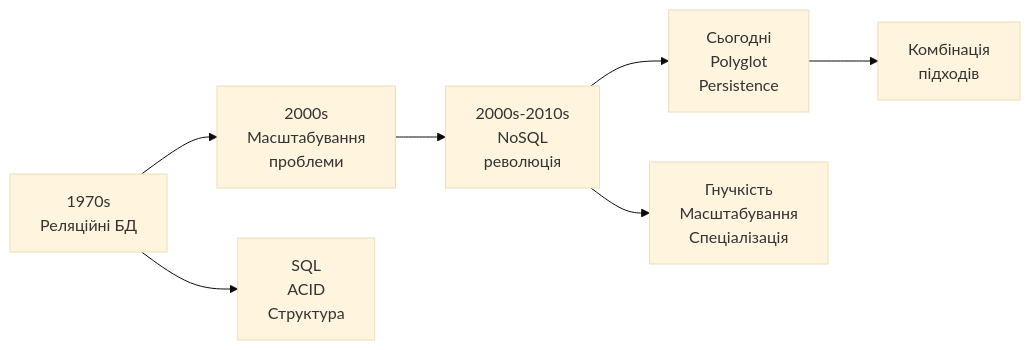
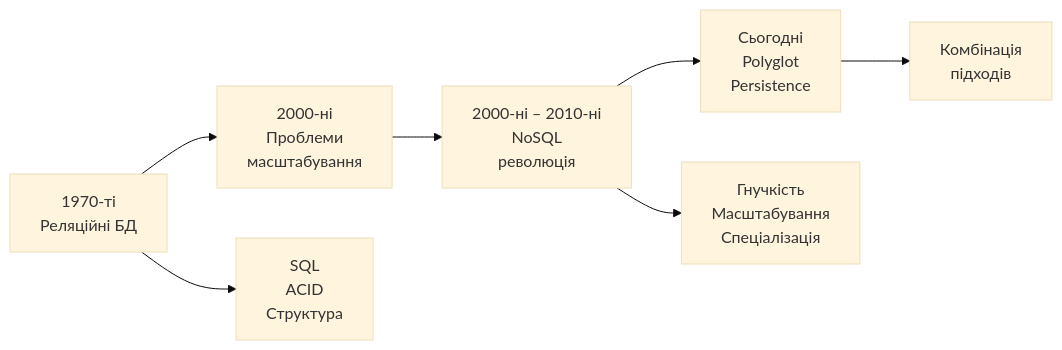
Before and after one commit to olroi421/course-opi-v2: the first of 9 diagrams in presentations/presentation-10.md, drawn with Mermaid (base theme). The commit also changed other lines of this file and 10 other files, not shown here.

````diff
--- a/presentations/presentation-10.md
+++ b/presentations/presentation-10.md
@@ -34,10 +45,10 @@
 ```mermaid
 graph LR
-    A[1970s<br/>Реляційні БД] --> B[2000s<br/>Масштабування<br/>проблеми]
-    B --> C[2000s-2010s<br/>NoSQL<br/>революція]
-    C --> D[Сьогодні<br/>Polyglot<br/>Persistence]
+    A["1970-ті<br/>Реляційні БД"] --> B["2000-ні<br/>Проблеми<br/>масштабування"]
+    B --> C["2000-ні – 2010-ні<br/>NoSQL<br/>революція"]
+    C --> D["Сьогодні<br/>Polyglot<br/>Persistence"]
 
-    A --> E[SQL<br/>ACID<br/>Структура]
-    C --> F[Гнучкість<br/>Масштабування<br/>Спеціалізація]
-    D --> G[Комбінація<br/>підходів]
+    A --> E["SQL<br/>ACID<br/>Структура"]
+    C --> F["Гнучкість<br/>Масштабування<br/>Спеціалізація"]
+    D --> G["Комбінація<br/>підходів"]
 ```
````
